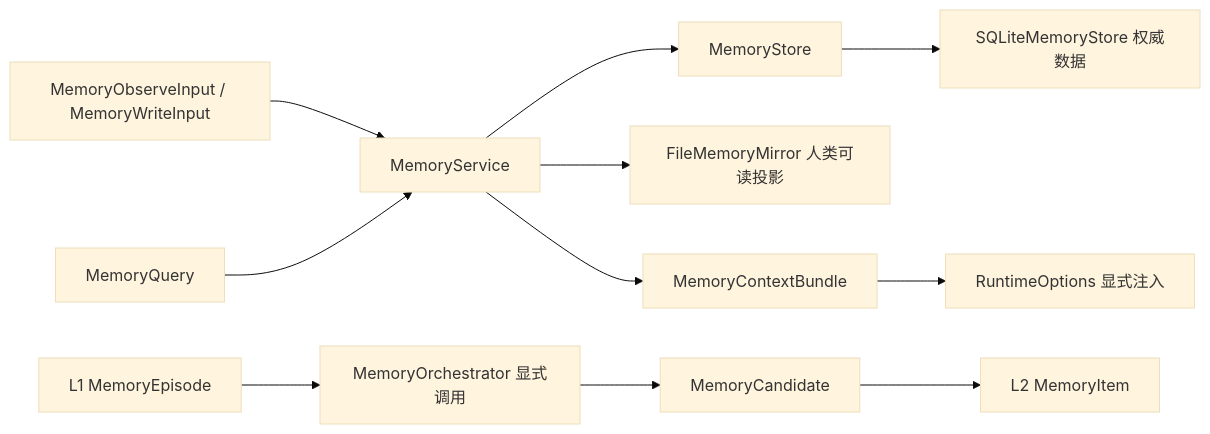
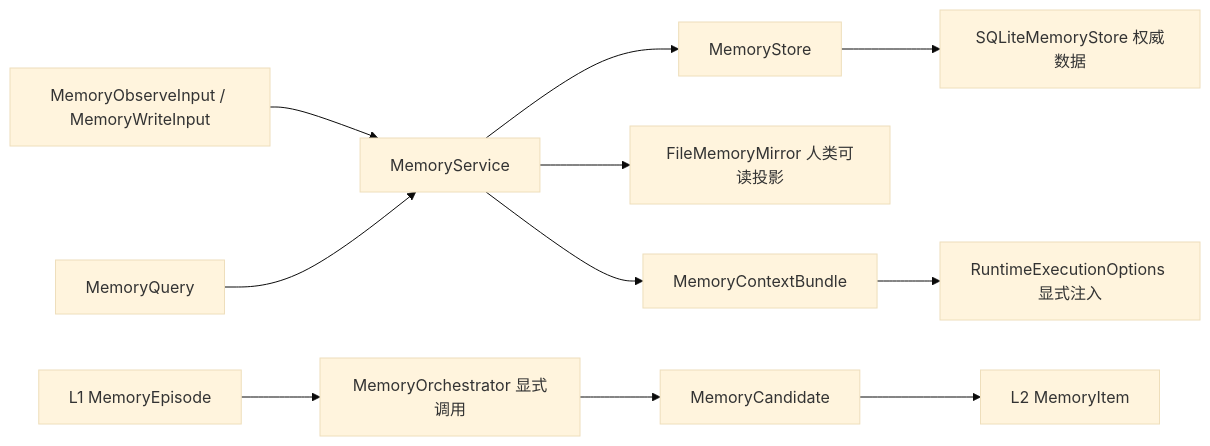
Before and after one commit to Tsubaki-01/Iris: the diagram in src/iris/memory/README.md, drawn with Mermaid (base theme). The commit also changed other lines of this file and 81 other files, not shown here.

````diff
--- a/src/iris/memory/README.md
+++ b/src/iris/memory/README.md
@@ -56,13 +56,13 @@
 ```mermaid
 flowchart LR
     Input["MemoryObserveInput / MemoryWriteInput"] --> Service["MemoryService"]
     Service --> Store["MemoryStore"]
     Store --> SQLite["SQLiteMemoryStore 权威数据"]
     Service --> Mirror["FileMemoryMirror 人类可读投影"]
     Episode["L1 MemoryEpisode"] --> Orchestrator["MemoryOrchestrator 显式调用"]
     Orchestrator --> Candidate["MemoryCandidate"]
     Candidate --> Item["L2 MemoryItem"]
     Query["MemoryQuery"] --> Service
     Service --> Context["MemoryContextBundle"]
-    Context --> Runtime["RuntimeOptions 显式注入"]
+    Context --> Runtime["RuntimeExecutionOptions 显式注入"]
 ```
````
